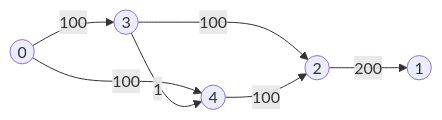
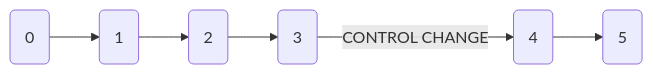
One commit to Grig84/ethics_fall2025 changed the diagram in _pages/casestudy.md. Above: the diagram before and after it, drawn with Mermaid. The commit also changed other lines of this file, not shown here.

````diff
--- a/_pages/casestudy.md
+++ b/_pages/casestudy.md
@@ -11,9 +9,8 @@
 ```mermaid
 graph LR
-A((0)) -- 100 --> B((3));
-A -- 100 --> C((4));
-B -- 1 --> C;
-B -- 100 --> D((2));
-C -- 100 --> D;
-D -- 200 --> E((1));
+0(0) --> 1(1);
+1 --> 2(2);
+2 --> 3(3);
+3 -- CONTROL CHANGE --> 4(4);
+4 --> 5(5);
 ```
````
